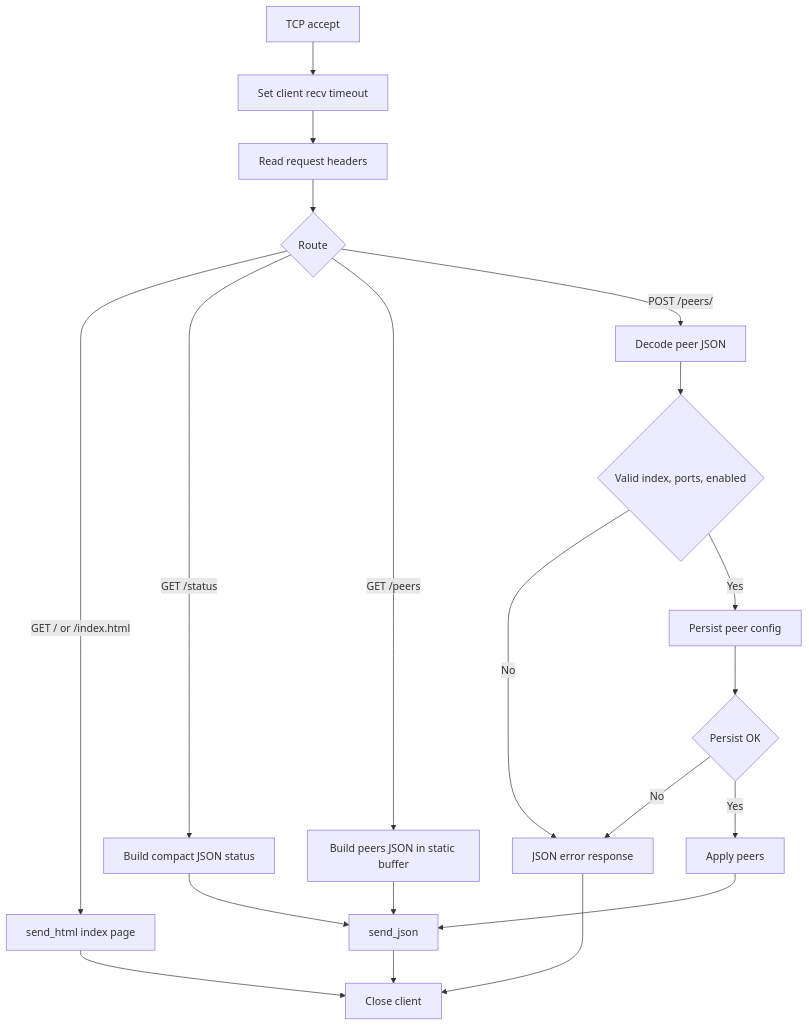
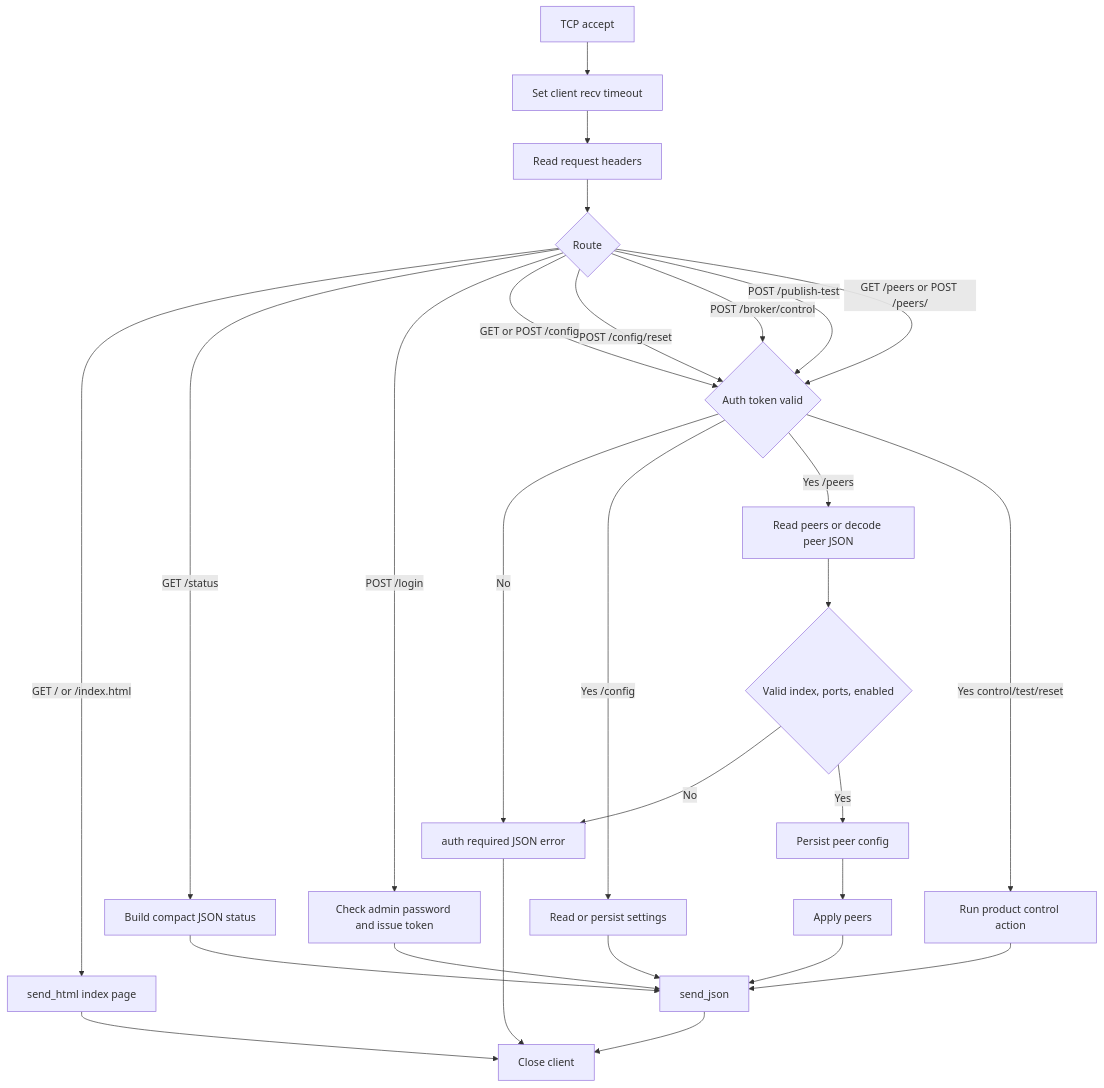
The second of 2 diagrams in README.md (judadao/mqtt_field_bridge_app), drawn with Mermaid before and after one commit. The commit also changed other lines of this file and 15 other files, not shown here.

````diff
--- a/README.md
+++ b/README.md
@@ -220,22 +289,30 @@
 ```mermaid
 flowchart TD
     A[TCP accept] --> B[Set client recv timeout]
     B --> C[Read request headers]
     C --> D{Route}
     D -->|GET / or /index.html| E[send_html index page]
     D -->|GET /status| F[Build compact JSON status]
-    D -->|GET /peers| G[Build peers JSON in static buffer]
-    D -->|POST /peers/<index>| H[Decode peer JSON]
-    H --> I{Valid index, ports, enabled}
-    I -->|No| J[JSON error response]
-    I -->|Yes| K[Persist peer config]
-    K --> L{Persist OK}
-    L -->|No| J
-    L -->|Yes| M[Apply peers]
-    F --> N[send_json]
-    G --> N
-    M --> N
-    E --> O[Close client]
+    D -->|POST /login| G[Check admin password and issue token]
+    D -->|GET or POST /config| H{Auth token valid}
+    D -->|POST /config/reset| H
+    D -->|POST /broker/control| H
+    D -->|POST /publish-test| H
+    D -->|GET /peers or POST /peers/<index>| H
+    H -->|No| I[auth required JSON error]
+    H -->|Yes /config| J[Read or persist settings]
+    H -->|Yes /peers| K[Read peers or decode peer JSON]
+    H -->|Yes control/test/reset| Q[Run product control action]
+    K --> L{Valid index, ports, enabled}
+    L -->|No| I
+    L -->|Yes| M[Persist peer config]
+    M --> N[Apply peers]
+    F --> O[send_json]
+    G --> O
     J --> O
     N --> O
+    Q --> O
+    E --> P[Close client]
+    I --> P
+    O --> P
 ```
````
